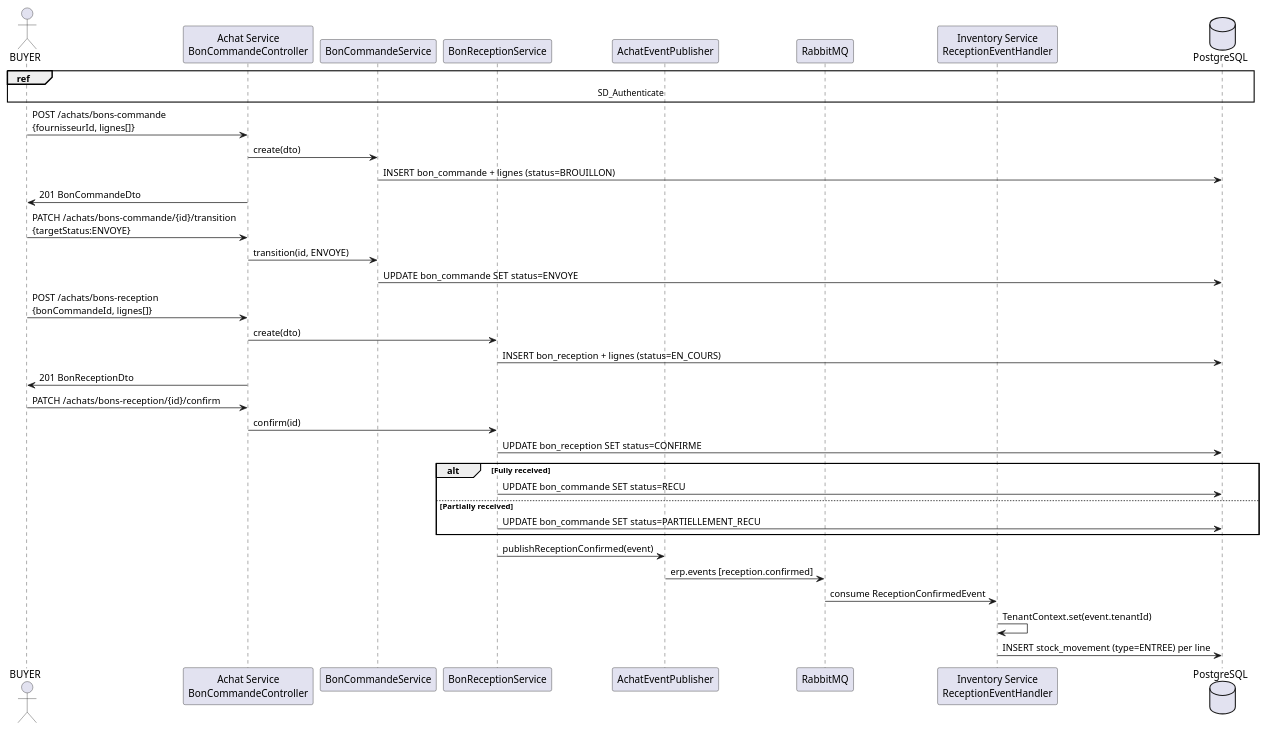
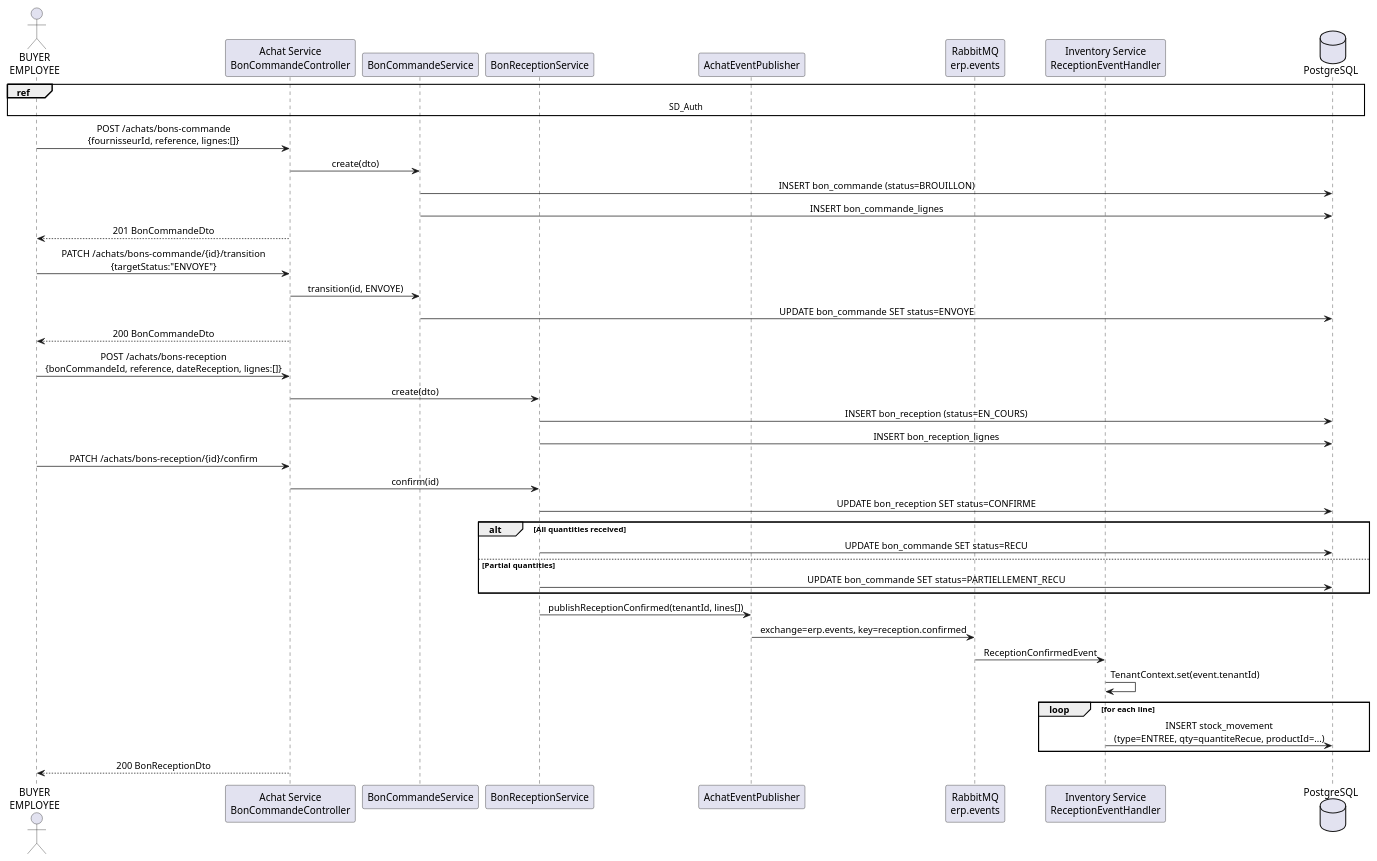
One commit to MohamedTrikii/PFA_CRM_ERP_Platform changed the seventh of 19 diagrams in docs/PFA_REPORT.md. Above: the diagram before and after it, drawn with PlantUML. The commit also changed other lines of this file and 150 other files, not shown here.

````diff
--- a/docs/PFA_REPORT.md
+++ b/docs/PFA_REPORT.md
@@ -793,44 +674,52 @@
 ```plantuml
 @startuml SD_AchatFlow
-actor BUYER
+skinparam sequenceMessageAlign center
+
+actor BUYER as "BUYER\nEMPLOYEE"
 participant "Achat Service\nBonCommandeController" as BCC
 participant "BonCommandeService" as BCS
 participant "BonReceptionService" as BRS
 participant "AchatEventPublisher" as PUB
-participant "RabbitMQ" as MQ
+participant "RabbitMQ\nerp.events" as MQ
 participant "Inventory Service\nReceptionEventHandler" as REH
 database "PostgreSQL" as DB
 
-ref over BUYER, DB : SD_Authenticate
+ref over BUYER, DB : SD_Auth
 
-BUYER -> BCC : POST /achats/bons-commande\n{fournisseurId, lignes[]}
+BUYER -> BCC : POST /achats/bons-commande\n{fournisseurId, reference, lignes:[]}
 BCC -> BCS : create(dto)
-BCS -> DB : INSERT bon_commande + lignes (status=BROUILLON)
-BCC -> BUYER : 201 BonCommandeDto
+BCS -> DB : INSERT bon_commande (status=BROUILLON)
+BCS -> DB : INSERT bon_commande_lignes
+BCC --> BUYER : 201 BonCommandeDto
 
-BUYER -> BCC : PATCH /achats/bons-commande/{id}/transition\n{targetStatus:ENVOYE}
+BUYER -> BCC : PATCH /achats/bons-commande/{id}/transition\n{targetStatus:"ENVOYE"}
 BCC -> BCS : transition(id, ENVOYE)
 BCS -> DB : UPDATE bon_commande SET status=ENVOYE
+BCC --> BUYER : 200 BonCommandeDto
 
-BUYER -> BCC : POST /achats/bons-reception\n{bonCommandeId, lignes[]}
+BUYER -> BCC : POST /achats/bons-reception\n{bonCommandeId, reference, dateReception, lignes:[]}
 BCC -> BRS : create(dto)
-BRS -> DB : INSERT bon_reception + lignes (status=EN_COURS)
-BCC -> BUYER : 201 BonReceptionDto
+BRS -> DB : INSERT bon_reception (status=EN_COURS)
+BRS -> DB : INSERT bon_reception_lignes
 
 BUYER -> BCC : PATCH /achats/bons-reception/{id}/confirm
 BCC -> BRS : confirm(id)
 BRS -> DB : UPDATE bon_reception SET status=CONFIRME
 
-alt Fully received
+alt All quantities received
   BRS -> DB : UPDATE bon_commande SET status=RECU
-else Partially received
+else Partial quantities
   BRS -> DB : UPDATE bon_commande SET status=PARTIELLEMENT_RECU
 end
 
-BRS -> PUB : publishReceptionConfirmed(event)
-PUB -> MQ : erp.events [reception.confirmed]
-MQ -> REH : consume ReceptionConfirmedEvent
+BRS -> PUB : publishReceptionConfirmed(tenantId, lines[])
+PUB -> MQ : exchange=erp.events, key=reception.confirmed
+MQ -> REH : ReceptionConfirmedEvent
 REH -> REH : TenantContext.set(event.tenantId)
-REH -> DB : INSERT stock_movement (type=ENTREE) per line
+loop for each line
+  REH -> DB : INSERT stock_movement\n(type=ENTREE, qty=quantiteRecue, productId=...)
+end
+BCC --> BUYER : 200 BonReceptionDto
+
 @enduml
 ```
````
